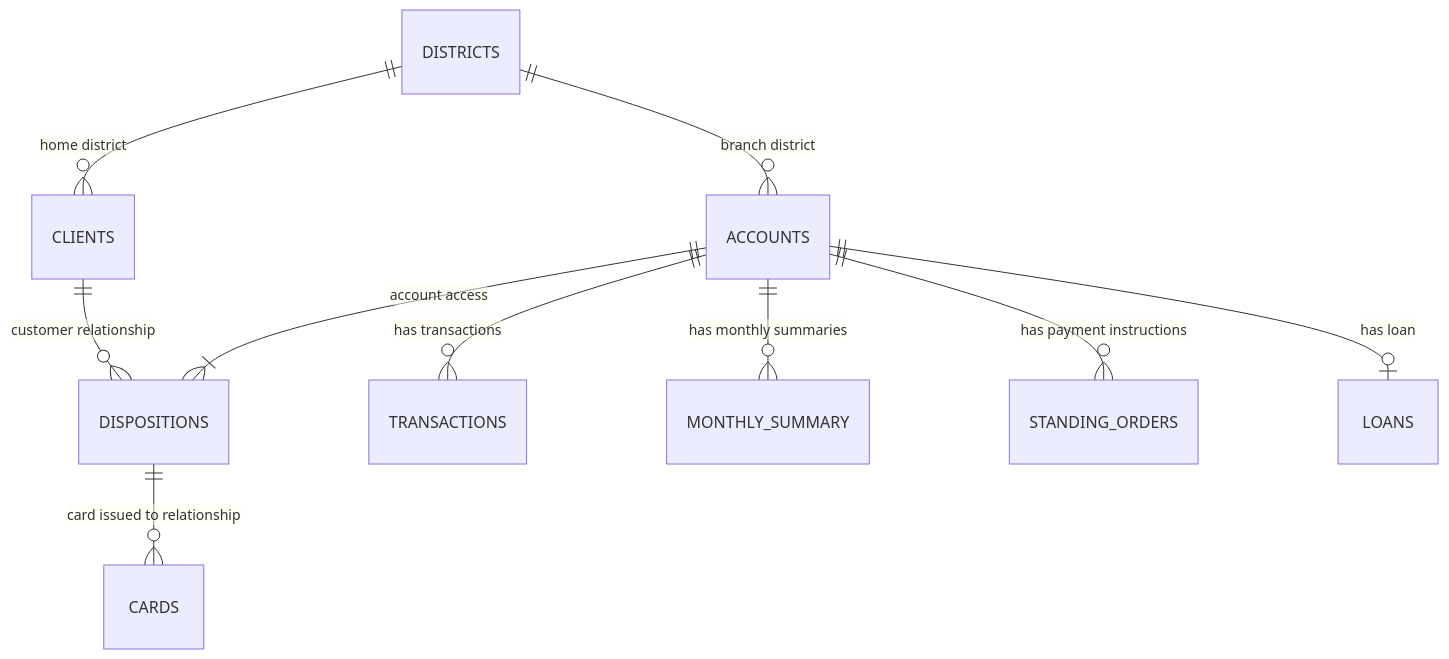
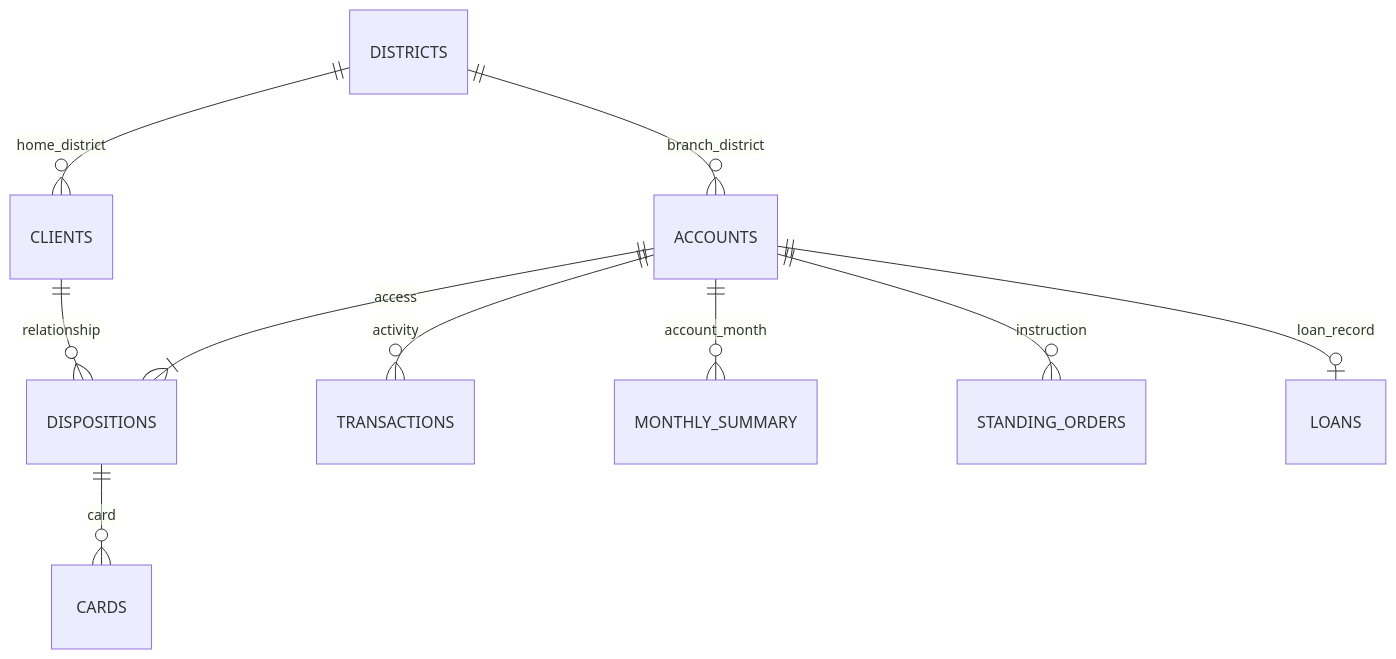
Before and after one commit to ProbotisOP/resilience-rewired-tangerine: the diagram in reports/phase1_data_intelligence_audit.md, drawn with Mermaid. The commit also changed other lines of this file and 35 other files, not shown here.

````diff
--- a/reports/phase1_data_intelligence_audit.md
+++ b/reports/phase1_data_intelligence_audit.md
@@ -190,12 +26,12 @@
 ```mermaid
 erDiagram
-    DISTRICTS ||--o{ ACCOUNTS : "branch district"
-    DISTRICTS ||--o{ CLIENTS : "home district"
-    ACCOUNTS ||--|{ DISPOSITIONS : "account access"
-    CLIENTS ||--o{ DISPOSITIONS : "customer relationship"
-    DISPOSITIONS ||--o{ CARDS : "card issued to relationship"
-    ACCOUNTS ||--o{ TRANSACTIONS : "has transactions"
-    ACCOUNTS ||--o{ MONTHLY_SUMMARY : "has monthly summaries"
-    ACCOUNTS ||--o{ STANDING_ORDERS : "has payment instructions"
-    ACCOUNTS ||--o| LOANS : "has loan"
+    DISTRICTS ||--o{ ACCOUNTS : branch_district
+    DISTRICTS ||--o{ CLIENTS : home_district
+    ACCOUNTS ||--|{ DISPOSITIONS : access
+    CLIENTS ||--o{ DISPOSITIONS : relationship
+    DISPOSITIONS ||--o{ CARDS : card
+    ACCOUNTS ||--o{ TRANSACTIONS : activity
+    ACCOUNTS ||--o{ MONTHLY_SUMMARY : account_month
+    ACCOUNTS ||--o{ STANDING_ORDERS : instruction
+    ACCOUNTS ||--o| LOANS : loan_record
 ```
````
